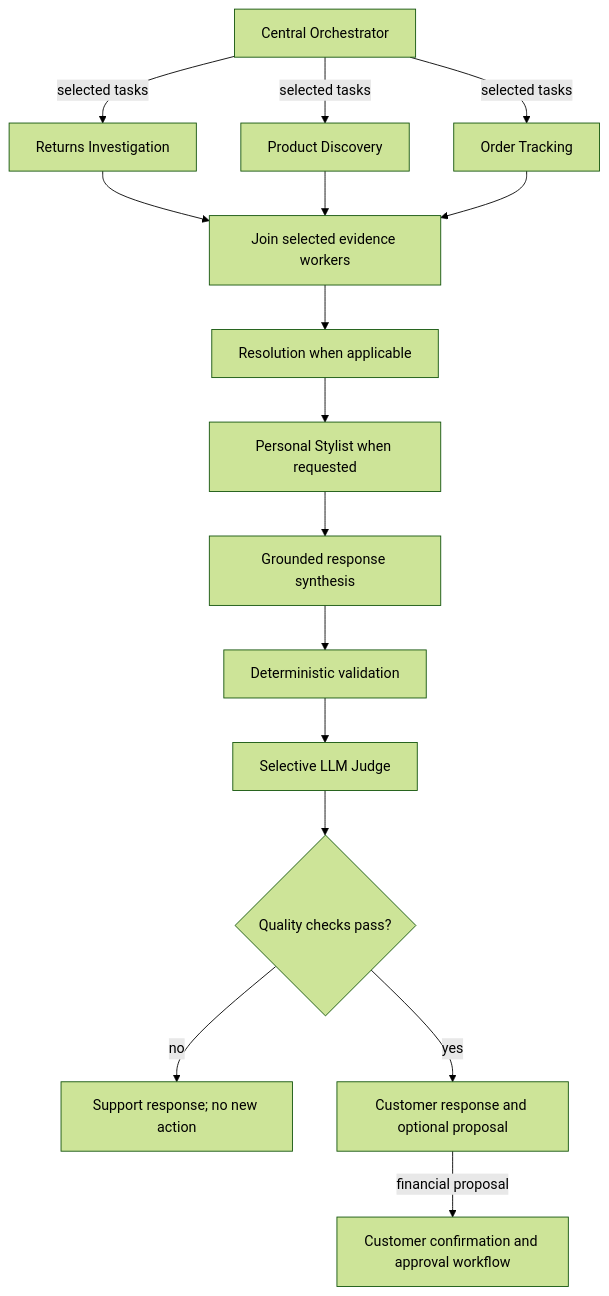
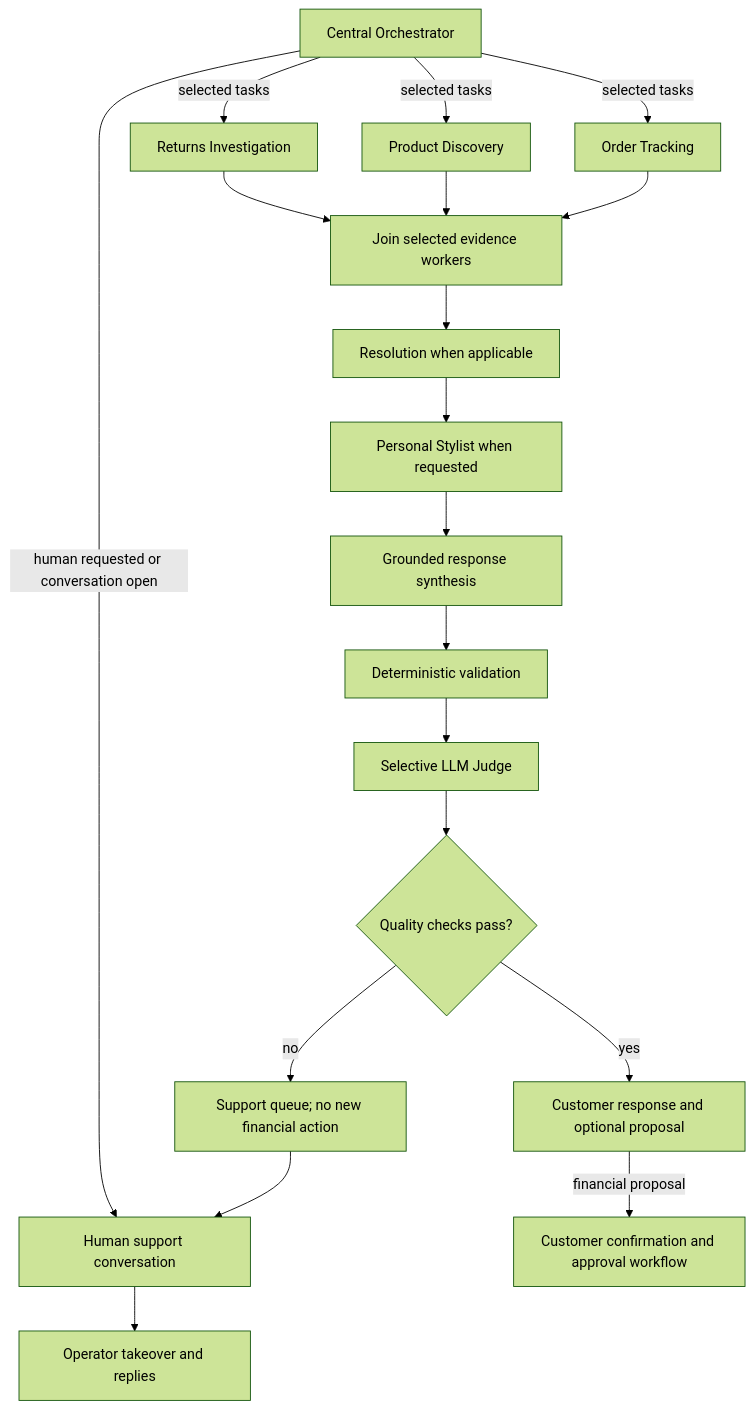
Before and after one commit to ManoochTayebi/Multi_agent_client: the diagram in README.md, drawn with Mermaid (forest theme). The commit also changed other lines of this file and 14 other files, not shown here.

Commit message:
Add direct human support handoff and operator conversation workflow

````diff
--- a/README.md
+++ b/README.md
@@ -24,18 +25,21 @@
 ```mermaid
 flowchart TD
+    O -->|human requested or conversation open| HS[Human support conversation]
+    HS --> HQ[Operator takeover and replies]
     O[Central Orchestrator] -->|selected tasks| I[Returns Investigation]
     O -->|selected tasks| D[Product Discovery]
     O -->|selected tasks| T[Order Tracking]
     I --> J[Join selected evidence workers]
     D --> J
     T --> J
     J --> R[Resolution when applicable]
     R --> S[Personal Stylist when requested]
     S --> A[Grounded response synthesis]
     A --> V[Deterministic validation]
     V --> Q[Selective LLM Judge]
     Q --> F{"Quality checks pass?"}
-    F -->|no| H[Support response; no new action]
+    F -->|no| H[Support queue; no new financial action]
+    H --> HS
     F -->|yes| C[Customer response and optional proposal]
     C -->|financial proposal| P[Customer confirmation and approval workflow]
 ```
````
